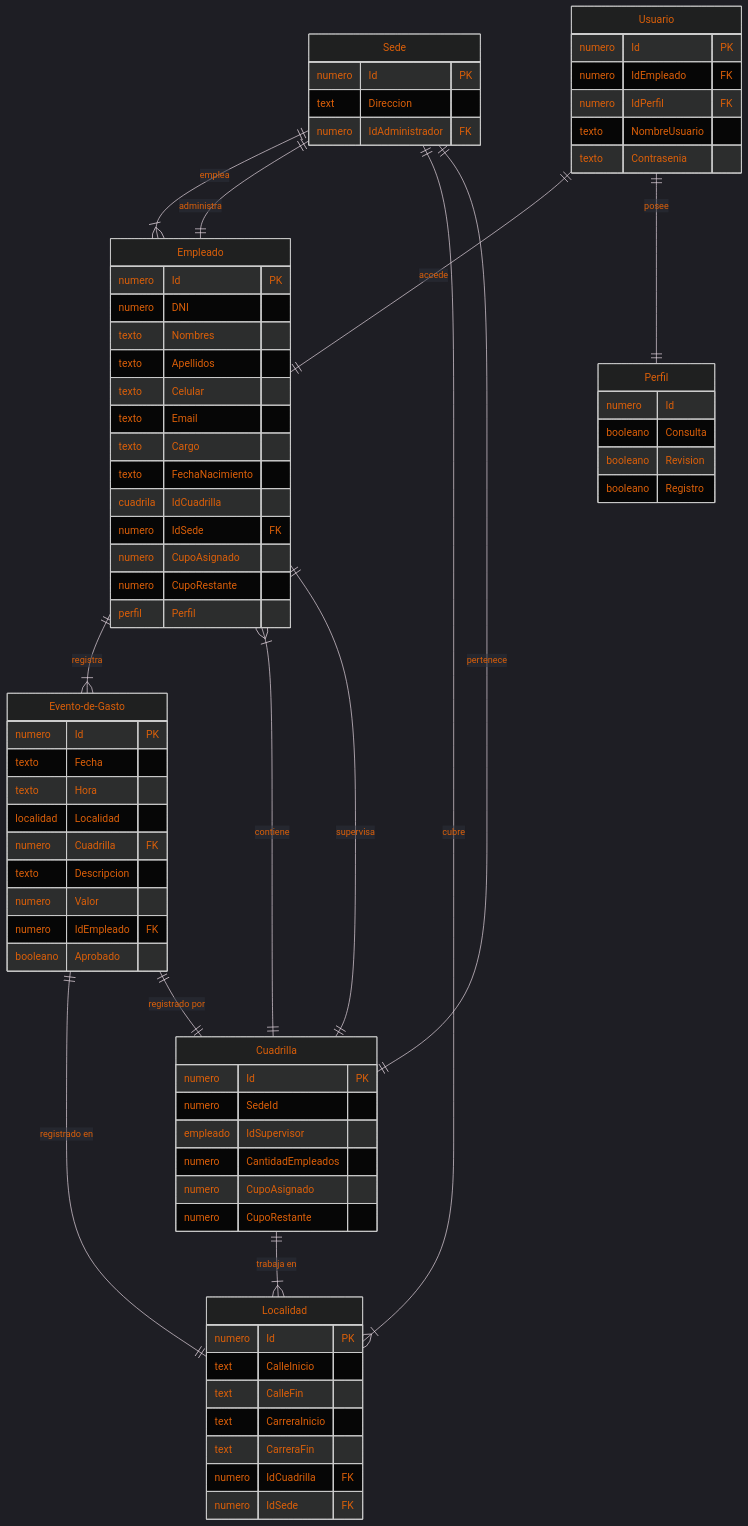
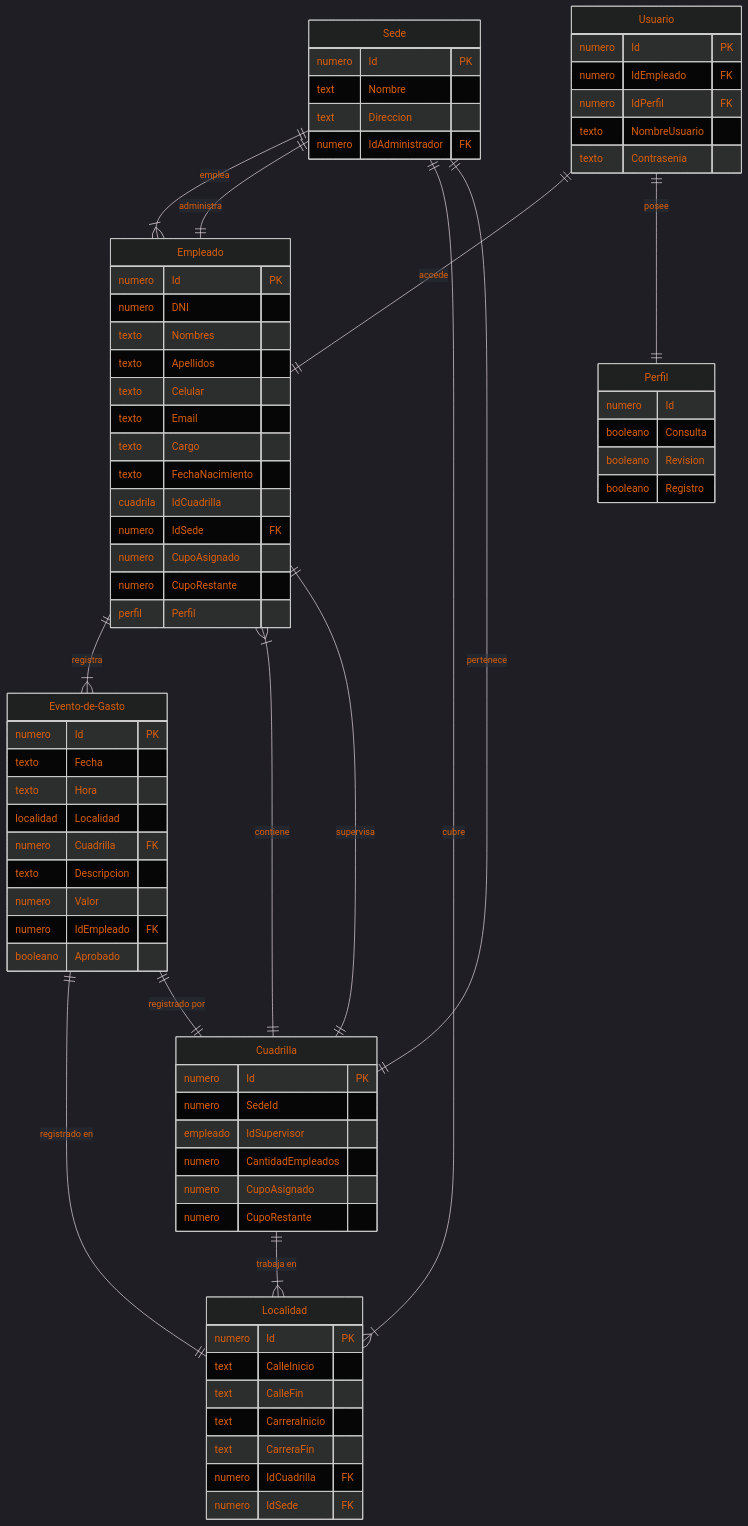
The third of 3 diagrams in README.md (sfelipehh/ProgramacionAplicada), drawn with Mermaid before and after one commit. The commit also changed 3 other files, not shown here.

```diff
--- a/README.md
+++ b/README.md
@@ -127,6 +127,7 @@
     
     Sede {
         numero Id PK
+        text Nombre
         text Direccion
         numero IdAdministrador FK
         
```
